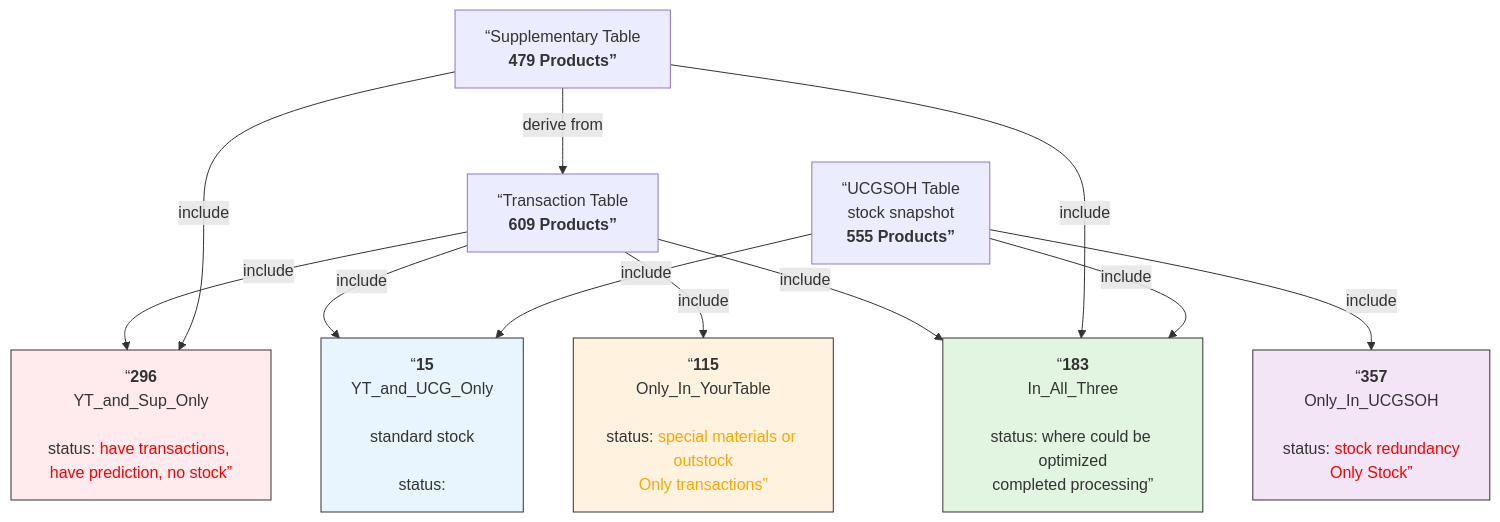
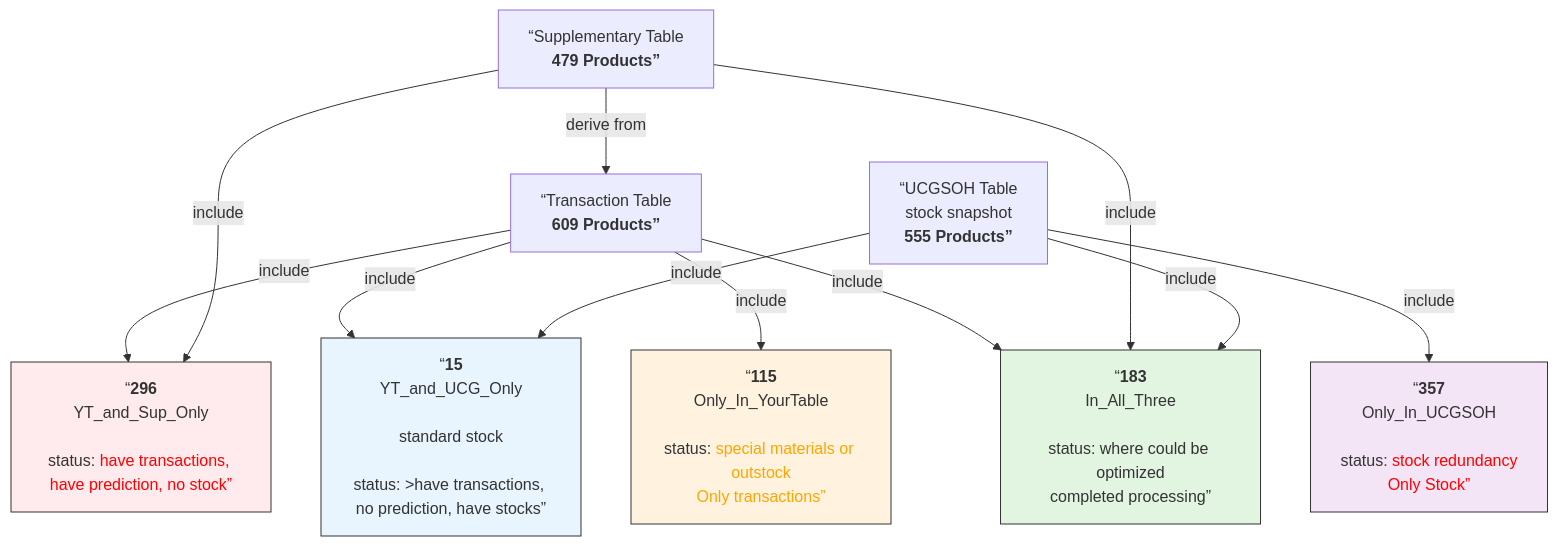
The diagram in Telecommunication/Table relationships by productcode.md (Inessa-YG/Marketing), drawn with Mermaid before and after one commit.

Commit message:
Fix HTML entity in product code table

````diff
--- a/Telecommunication/Table relationships by productcode.md
+++ b/Telecommunication/Table relationships by productcode.md
@@ -1,37 +1,37 @@
 ```mermaid
 flowchart TD
     A[“Transaction Table<br><b>609 Products”]
 
     B[“Supplementary Table<br><b>479 Products”]
 
     C[“UCGSOH Table<br>stock snapshot<br><b>555 Products”]
 
     AB[“<b>296</b><br>YT_and_Sup_Only<br><br>status: <font color=red>have transactions, have prediction, no stock”]
 
-    AC[“<b>15</b><br>YT_and_UCG_Only<br><br>standard stock<br><br>status: <have transactions, no prediction, have stocks”]
+    AC[“<b>15</b><br>YT_and_UCG_Only<br><br>standard stock<br><br>status: >have transactions, no prediction, have stocks”]
 
     A_Only[“<b>115</b><br>Only_In_YourTable<br><br>status: <font color=orange>special materials or outstock<br>Only transactions”]
 
     C_Only[“<b>357</b><br>Only_In_UCGSOH<br><br>status: <font color=red>stock redundancy<br>Only Stock”]
 
     ABC[“<b>183</b><br>In_All_Three<br><br>status: where could be optimized<br>completed processing”]
 
     A -->|include| AB
     A -->|include| AC
     A -->|include| A_Only
     A -->|include| ABC
 
     B -->|derive from| A
     B -->|include| AB
     B -->|include| ABC
 
     C -->|include| AC
     C -->|include| C_Only
     C -->|include| ABC
 
     style ABC fill:#e1f5e1,stroke:#333
     style AB fill:#ffebee,stroke:#333
     style A_Only fill:#fff3e0,stroke:#333
     style C_Only fill:#f3e5f5,stroke:#333
     style AC fill:#e8f5fe,stroke:#333
 ```
````
